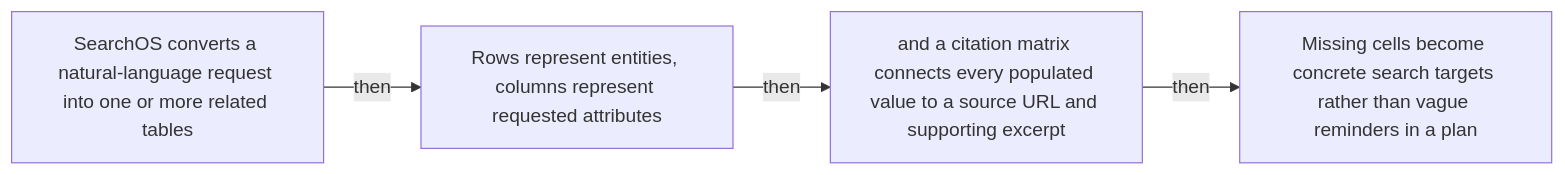
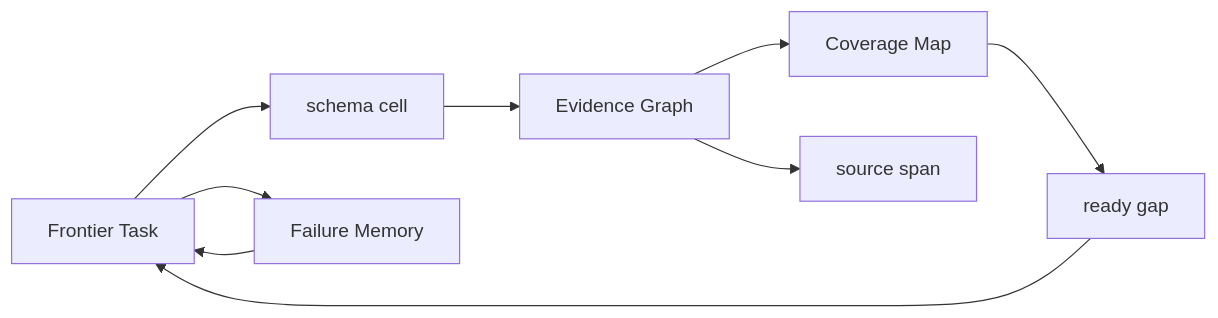
Before and after one commit to Betancourt1/paper_atlas: the first of 9 diagrams in docs/visual-manifests/VISUAL_MANIFEST_SEARCHOS_V1.md, drawn with Mermaid. The commit also changed other lines of this file and 52 other files, not shown here.

````diff
--- a/docs/visual-manifests/VISUAL_MANIFEST_SEARCHOS_V1.md
+++ b/docs/visual-manifests/VISUAL_MANIFEST_SEARCHOS_V1.md
@@ -530,10 +162,18 @@
 ```mermaid
 flowchart LR
-  n1["SearchOS converts a natural-language request into one or more related tables"]
-  n2["Rows represent entities, columns represent requested attributes"]
-  n3["and a citation matrix connects every populated value to a source URL and supporting excerpt"]
-  n4["Missing cells become concrete search targets rather than vague reminders in a plan"]
-  n1 -->|"then"| n2
-  n2 -->|"then"| n3
-  n3 -->|"then"| n4
+  n0["Frontier Task"]
+  n1["schema cell"]
+  n2["Evidence Graph"]
+  n3["Coverage Map"]
+  n4["Failure Memory"]
+  n5["source span"]
+  n6["ready gap"]
+  n0 --> n1
+  n1 --> n2
+  n2 --> n5
+  n2 --> n3
+  n3 --> n6
+  n6 --> n0
+  n4 --> n0
+  n0 --> n4
 ```
````
